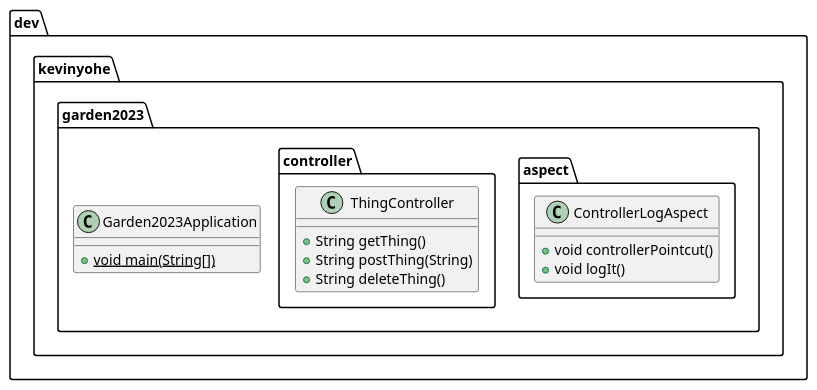
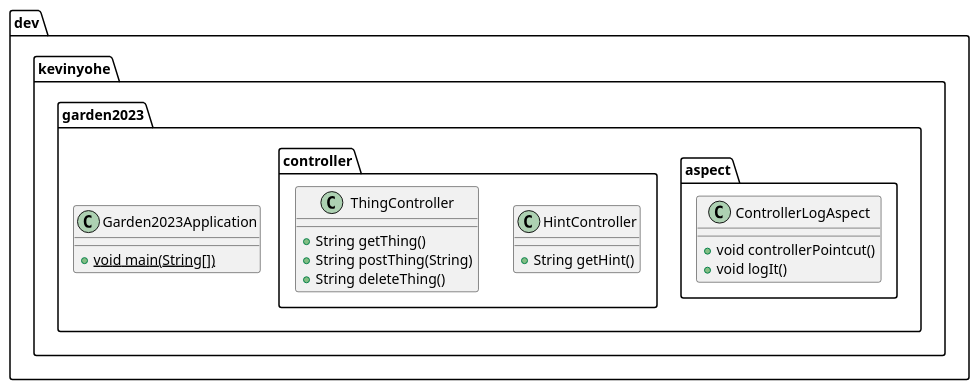
The diagram in src/doc/xyz.puml (kevinyohe/garden2023), drawn with PlantUML before and after one commit. The commit also changed 6 other files, not shown here.

Commit message:
add Hint controller, fix gradle test

```diff
--- a/src/doc/xyz.puml
+++ b/src/doc/xyz.puml
@@ -1,20 +1,23 @@
 @startuml
 package "dev.kevinyohe.garden2023" {
   class "Garden2023Application" as dev.kevinyohe.garden2023.Garden2023Application {
     + {static}void main(String[])
   }
   package "aspect" {
     class "ControllerLogAspect" as dev.kevinyohe.garden2023.aspect.ControllerLogAspect {
       +void controllerPointcut()
       +void logIt()
     }
   }
   package "controller" {
+    class "HintController" as dev.kevinyohe.garden2023.controller.HintController {
+      +String getHint()
+    }
     class "ThingController" as dev.kevinyohe.garden2023.controller.ThingController {
       +String getThing()
       +String postThing(String)
       +String deleteThing()
     }
   }
 }
 @enduml
```
